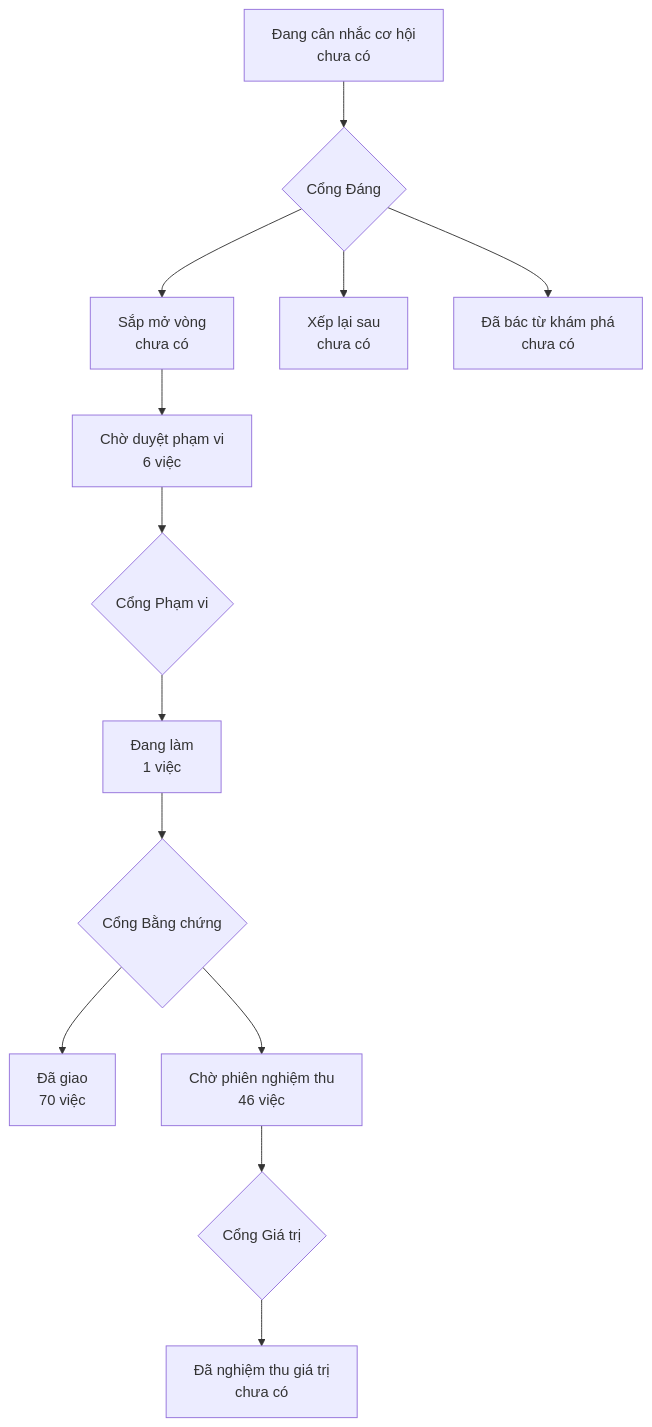
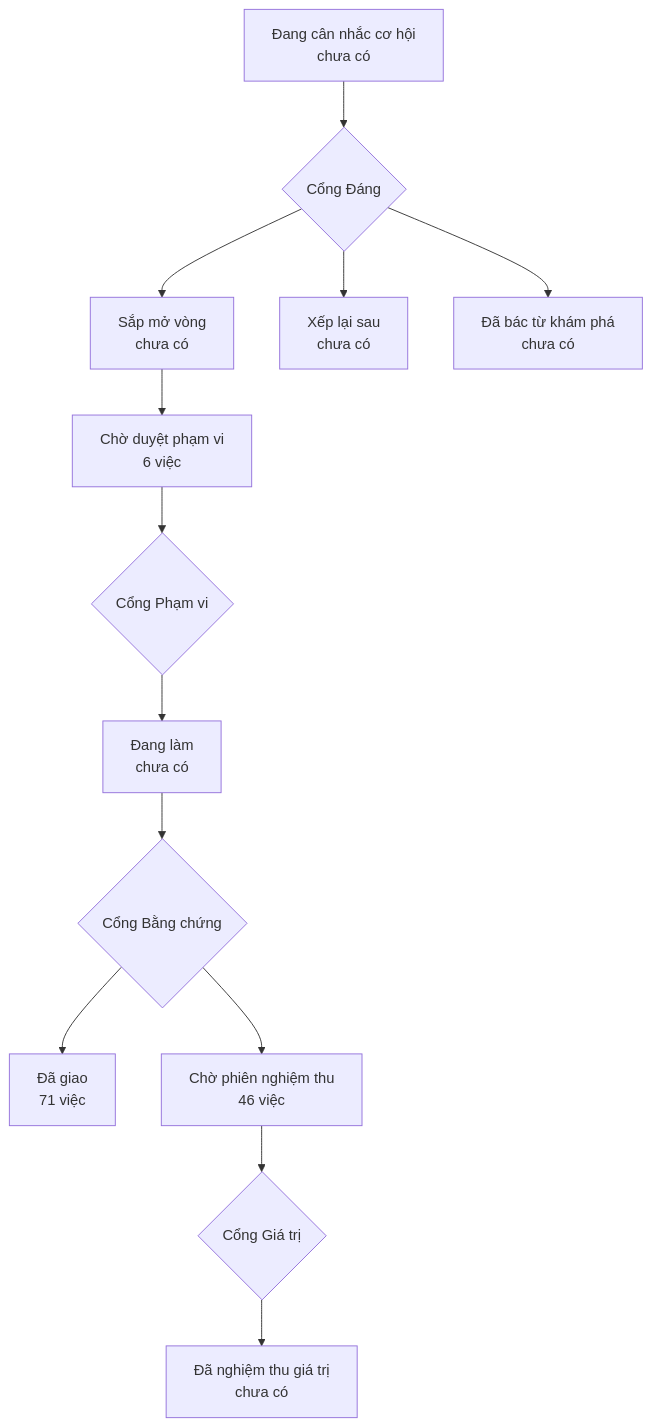
One commit to phanlemanh/onehub-invest changed the diagram in PRODUCT-MAP.md. Above: the diagram before and after it, drawn with Mermaid. The commit also changed other lines of this file and 4 other files, not shown here.

````diff
--- a/PRODUCT-MAP.md
+++ b/PRODUCT-MAP.md
@@ -7,12 +7,12 @@
 ```mermaid
 flowchart TD
   A["Đang cân nhắc cơ hội<br/>chưa có"] --> GD{"Cổng Đáng"}
   GD --> B["Sắp mở vòng<br/>chưa có"]
   GD --> XL["Xếp lại sau<br/>chưa có"]
   GD --> DB["Đã bác từ khám phá<br/>chưa có"]
   B --> CD["Chờ duyệt phạm vi<br/>6 việc"] --> GP{"Cổng Phạm vi"}
-  GP --> DL["Đang làm<br/>1 việc"] --> GB{"Cổng Bằng chứng"}
-  GB --> DG["Đã giao<br/>70 việc"]
+  GP --> DL["Đang làm<br/>chưa có"] --> GB{"Cổng Bằng chứng"}
+  GB --> DG["Đã giao<br/>71 việc"]
   GB --> CN["Chờ phiên nghiệm thu<br/>46 việc"] --> GG{"Cổng Giá trị"}
   GG --> NT["Đã nghiệm thu giá trị<br/>chưa có"]
 ```
````
